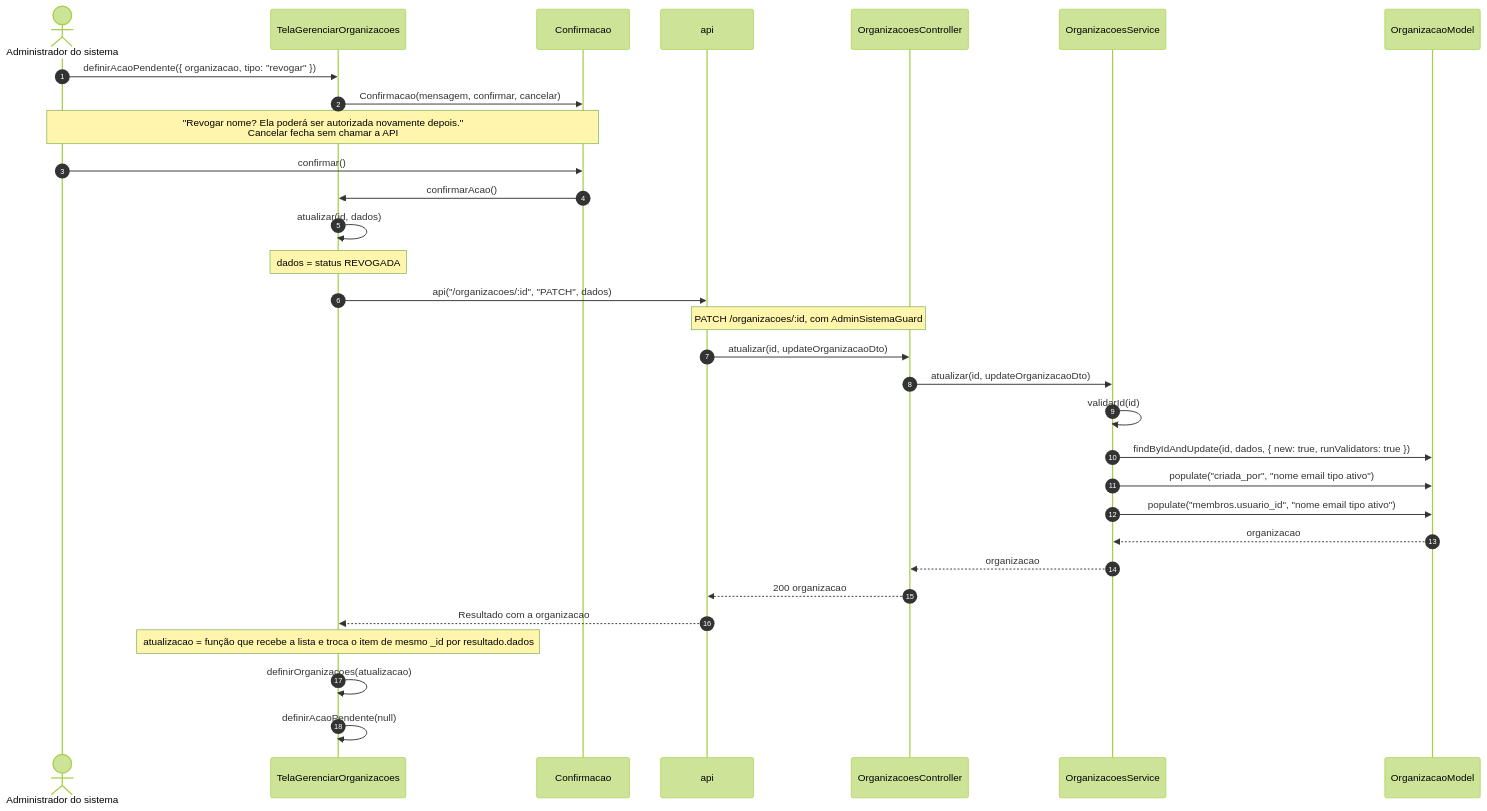
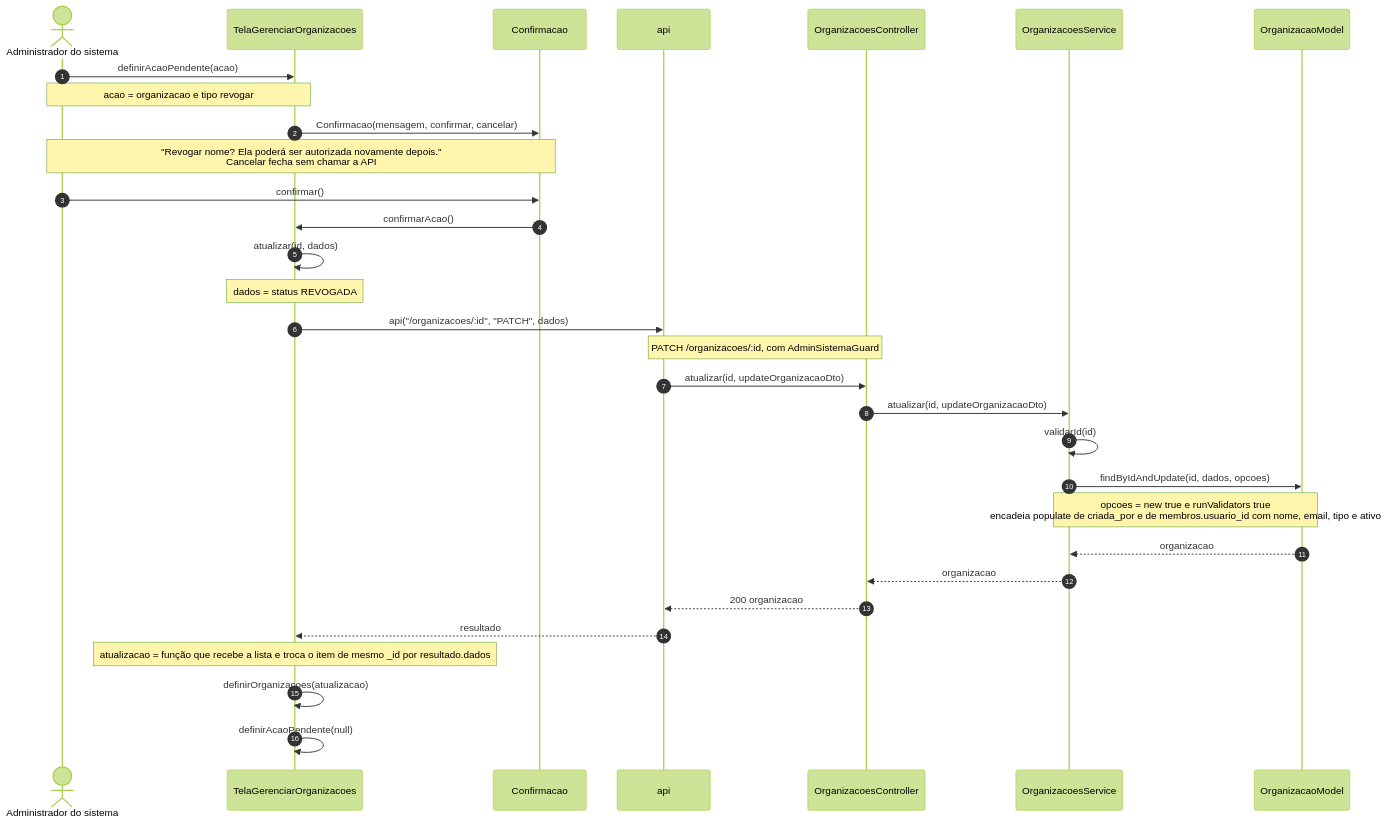
The fifth of 15 diagrams in 2 - Incremento 1/cadastro-organizacao/6 - diagramas-sequencia-cadastro-organizacao.md (Conecta-IFSP/DOCUMENTATION), drawn with Mermaid (forest theme) before and after one commit. The commit also changed other lines of this file and 97 other files, not shown here.

````diff
--- a/2 - Incremento 1/cadastro-organizacao/6 - diagramas-sequencia-cadastro-organizacao.md
+++ b/2 - Incremento 1/cadastro-organizacao/6 - diagramas-sequencia-cadastro-organizacao.md
@@ -157,33 +158,33 @@
 ```mermaid
 sequenceDiagram
     autonumber
     actor U as Administrador do sistema
     participant T as TelaGerenciarOrganizacoes
     participant D as Confirmacao
     participant A as api
     participant C as OrganizacoesController
     participant S as OrganizacoesService
     participant M as OrganizacaoModel
-    U->>T: definirAcaoPendente({ organizacao, tipo: "revogar" })
+    U->>T: definirAcaoPendente(acao)
+    Note over U,T: acao = organizacao e tipo revogar
     T->>D: Confirmacao(mensagem, confirmar, cancelar)
     Note over U,D: "Revogar nome? Ela poderá ser autorizada novamente depois."<br/>Cancelar fecha sem chamar a API
     U->>D: confirmar()
     D->>T: confirmarAcao()
     T->>T: atualizar(id, dados)
     Note over T: dados = status REVOGADA
     T->>A: api("/organizacoes/:id", "PATCH", dados)
     Note over A,C: PATCH /organizacoes/:id, com AdminSistemaGuard
     A->>C: atualizar(id, updateOrganizacaoDto)
     C->>S: atualizar(id, updateOrganizacaoDto)
     S->>S: validarId(id)
-    S->>M: findByIdAndUpdate(id, dados, { new: true, runValidators: true })
-    S->>M: populate("criada_por", "nome email tipo ativo")
-    S->>M: populate("membros.usuario_id", "nome email tipo ativo")
+    S->>M: findByIdAndUpdate(id, dados, opcoes)
+    Note over S,M: opcoes = new true e runValidators true<br/>encadeia populate de criada_por e de membros.usuario_id com nome, email, tipo e ativo
     M-->>S: organizacao
     S-->>C: organizacao
     C-->>A: 200 organizacao
-    A-->>T: Resultado com a organizacao
+    A-->>T: resultado
     Note over T: atualizacao = função que recebe a lista e troca o item de mesmo _id por resultado.dados
     T->>T: definirOrganizacoes(atualizacao)
     T->>T: definirAcaoPendente(null)
 ```
````
